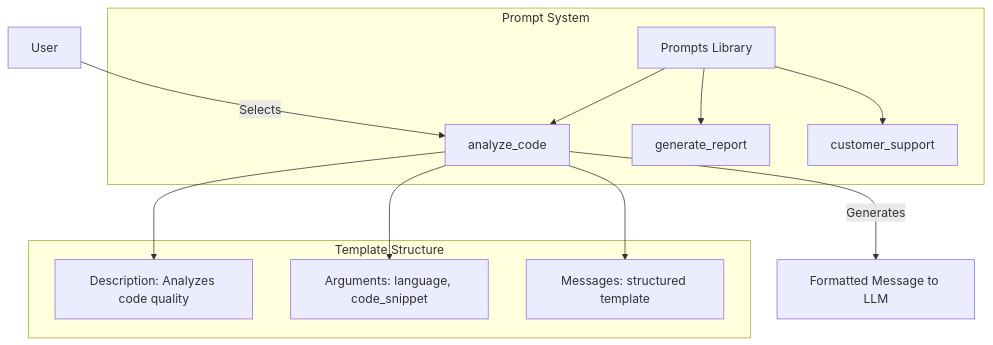
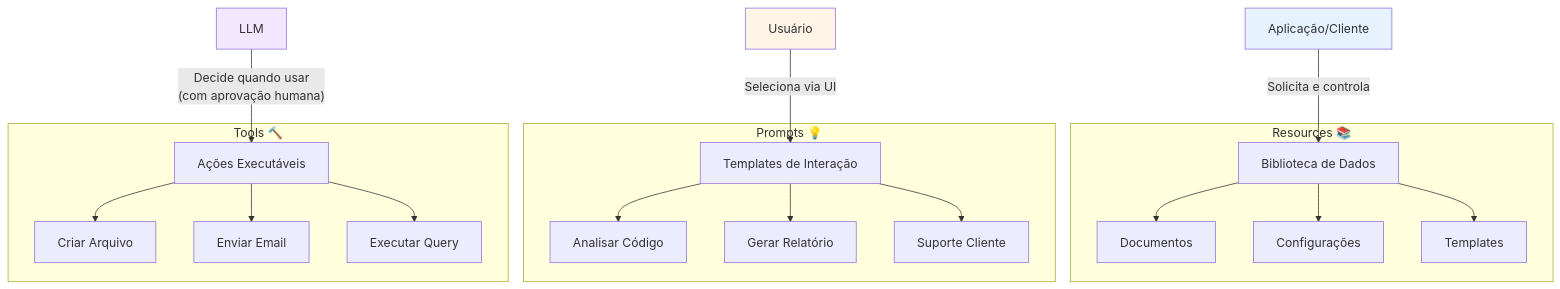
Before and after one commit to felipepimentel/my-public-notes: the sixth of 16 diagrams in AI/Comunicação/MCP/00-mcp-presentation-zero to hero.md, drawn with Mermaid. The commit also changed other lines of this file, not shown here.

````diff
--- a/AI/Comunicação/MCP/00-mcp-presentation-zero to hero.md
+++ b/AI/Comunicação/MCP/00-mcp-presentation-zero to hero.md
@@ -226,17 +115,31 @@
 ```mermaid
 graph TD
-    subgraph "Prompt System"
-        P[Prompts Library] --> T1[analyze_code]
-        P --> T2[generate_report]
-        P --> T3[customer_support]
+    subgraph "Resources 📚"
+        R[Biblioteca de Dados]
+        R --> R1[Documentos]
+        R --> R2[Configurações]
+        R --> R3[Templates]
     end
     
-    subgraph "Template Structure"
-        T1 --> D1[Description: Analyzes code quality]
-        T1 --> A1[Arguments: language, code_snippet]
-        T1 --> M1[Messages: structured template]
+    subgraph "Prompts 💡"
+        P[Templates de Interação]
+        P --> P1[Analisar Código]
+        P --> P2[Gerar Relatório]
+        P --> P3[Suporte Cliente]
     end
     
-    User[User] -->|Selects| T1
-    T1 -->|Generates| Output[Formatted Message to LLM]
+    subgraph "Tools 🔨"
+        T[Ações Executáveis]
+        T --> T1[Criar Arquivo]
+        T --> T2[Enviar Email]
+        T --> T3[Executar Query]
+    end
+    
+    A[Aplicação/Cliente] -->|"Solicita e controla"| R
+    U[Usuário] -->|"Seleciona via UI"| P
+    L[LLM] -->|"Decide quando usar<br/>(com aprovação humana)"| T
+    
+    style A fill:#e6f3ff
+    style U fill:#fff4e6
+    style L fill:#f3e6ff
 ```
````
